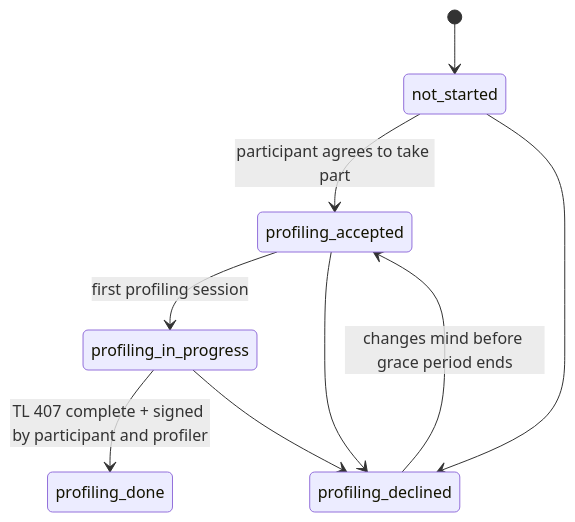
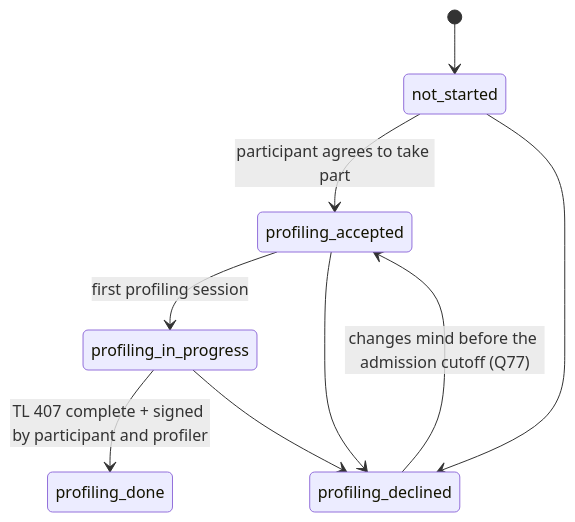
One commit to JishnuJayaraj/mypegasus-transfer changed the second of 3 diagrams in docs/domain/process-and-lifecycle.md. Above: the diagram before and after it, drawn with Mermaid. The commit also changed other lines of this file and 12 other files, not shown here.

````diff
--- a/docs/domain/process-and-lifecycle.md
+++ b/docs/domain/process-and-lifecycle.md
@@ -113,11 +126,11 @@
 ```mermaid
 stateDiagram-v2
   [*] --> not_started
   not_started --> profiling_accepted : participant agrees to take part
   not_started --> profiling_declined
   profiling_accepted --> profiling_in_progress : first profiling session
   profiling_accepted --> profiling_declined
   profiling_in_progress --> profiling_done : TL 407 complete + signed by participant and profiler
   profiling_in_progress --> profiling_declined
-  profiling_declined --> profiling_accepted : changes mind before grace period ends
+  profiling_declined --> profiling_accepted : changes mind before the admission cutoff (Q77)
 ```
````
